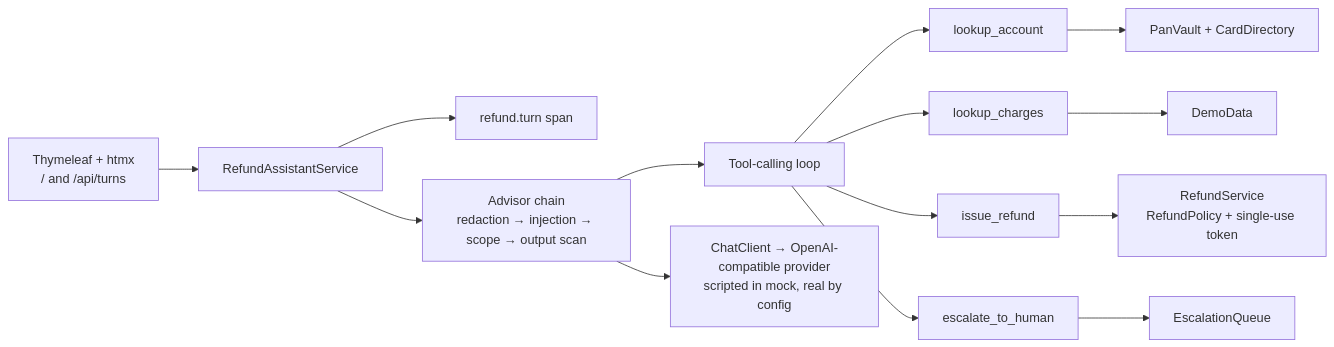
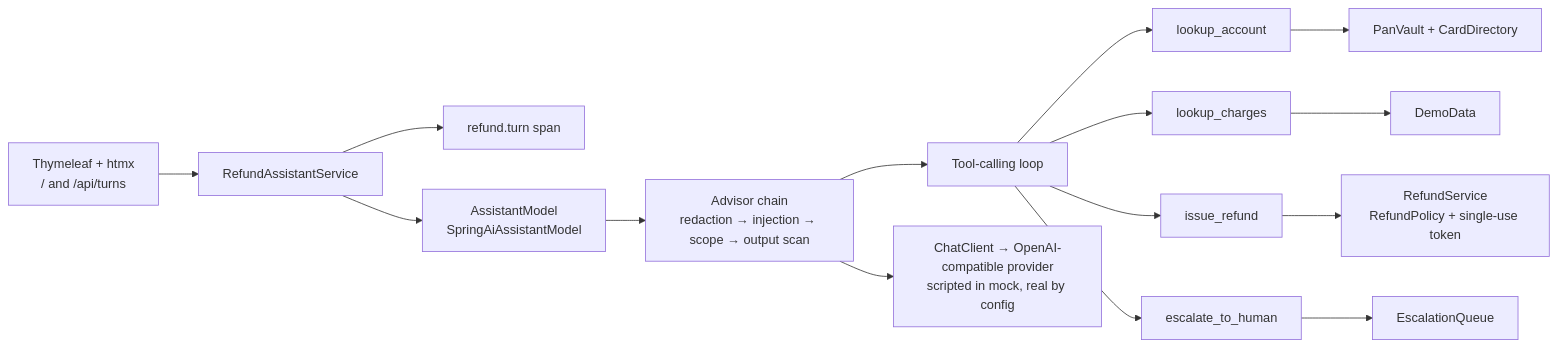
One commit to diegap/refund-guardrails changed the first of 2 diagrams in README.md. Above: the diagram before and after it, drawn with Mermaid. The commit also changed other lines of this file and 56 other files, not shown here.

````diff
--- a/README.md
+++ b/README.md
@@ -28,16 +30,17 @@
 ```mermaid
 flowchart LR
   UI["Thymeleaf + htmx<br/>/ and /api/turns"] --> SVC["RefundAssistantService"]
   SVC --> OBS["refund.turn span"]
-  SVC --> AD["Advisor chain<br/>redaction → injection → scope → output scan"]
+  SVC --> AM["AssistantModel<br/>SpringAiAssistantModel"]
+  AM --> AD["Advisor chain<br/>redaction → injection → scope → output scan"]
   AD --> LOOP["Tool-calling loop"]
   LOOP --> ACC["lookup_account"]
   LOOP --> CHG["lookup_charges"]
   LOOP --> REF["issue_refund"]
   LOOP --> ESC["escalate_to_human"]
   ACC --> VAULT["PanVault + CardDirectory"]
   CHG --> DATA["DemoData"]
   REF --> POLICY["RefundService<br/>RefundPolicy + single-use token"]
   ESC --> QUEUE["EscalationQueue"]
   AD --> MODEL["ChatClient → OpenAI-compatible provider<br/>scripted in mock, real by config"]
 ```
````
